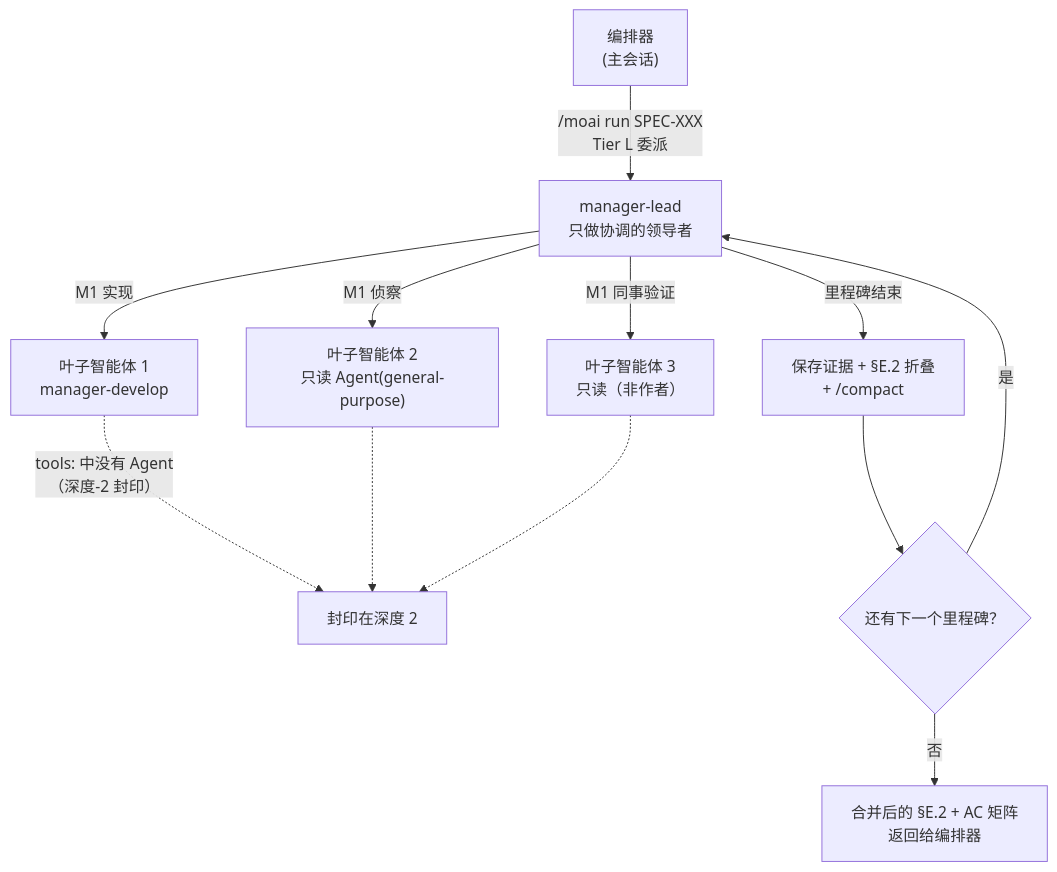
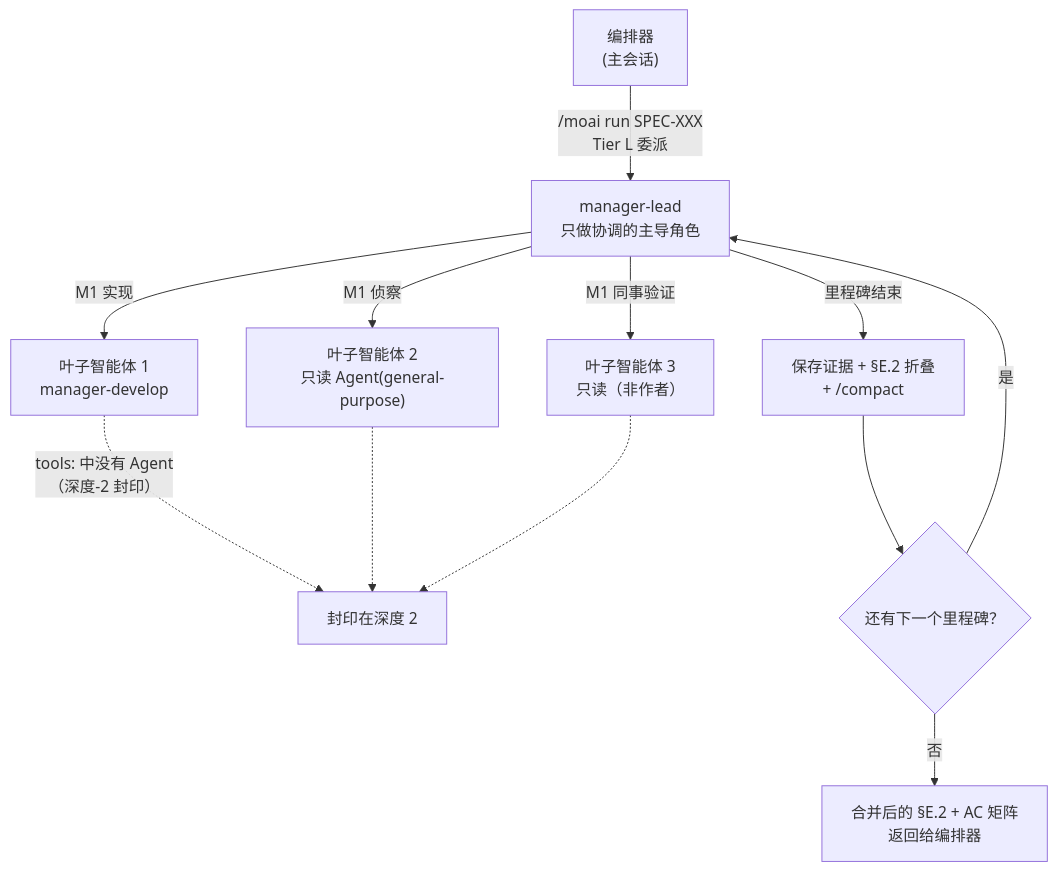
Before and after one commit to modu-ai/moai-adk: the diagram in docs-site/content/zh/advanced/manager-lead.md, drawn with Mermaid. The commit also changed 33 other files, not shown here.

````diff
--- a/docs-site/content/zh/advanced/manager-lead.md
+++ b/docs-site/content/zh/advanced/manager-lead.md
@@ -57,14 +57,14 @@
 ```mermaid
 flowchart TD
-    Orch["编排器<br/>(主会话)"] -->|"/moai run SPEC-XXX<br/>Tier L 委派"| Lead["manager-lead<br/>只做协调的领导者"]
+    Orch["编排器<br/>(主会话)"] -->|"/moai run SPEC-XXX<br/>Tier L 委派"| Lead["manager-lead<br/>只做协调的主导角色"]
     Lead -->|"M1 实现"| W1["叶子智能体 1<br/>manager-develop"]
     Lead -->|"M1 侦察"| W2["叶子智能体 2<br/>只读 Agent(general-purpose)"]
     Lead -->|"M1 同事验证"| W3["叶子智能体 3<br/>只读（非作者）"]
     W1 -.->|"tools: 中没有 Agent<br/>（深度-2 封印）"| Seal["封印在深度 2"]
     W2 -.-> Seal
     W3 -.-> Seal
     Lead -->|"里程碑结束"| Fold["保存证据 + §E.2 折叠<br/>+ /compact"]
     Fold --> NextM{"还有下一个里程碑？"}
     NextM -->|是| Lead
     NextM -->|否| Done["合并后的 §E.2 + AC 矩阵<br/>返回给编排器"]
 ```
````
